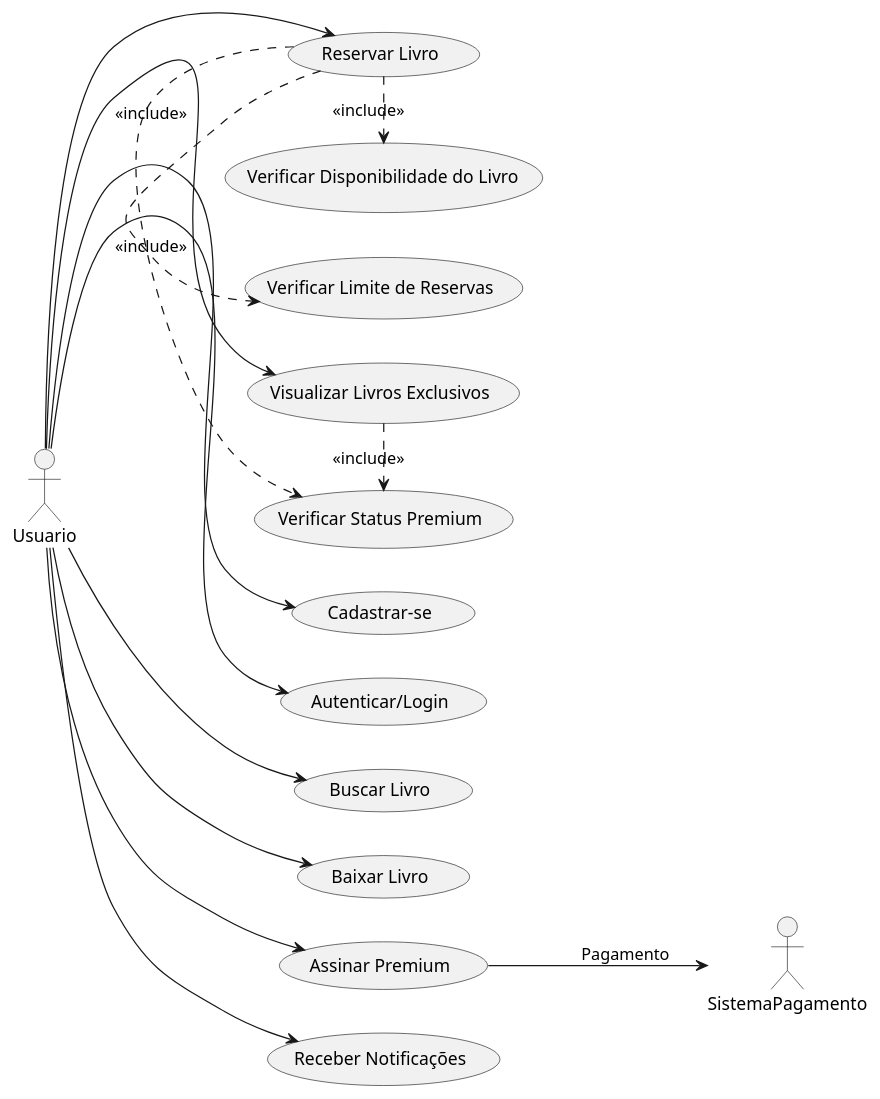
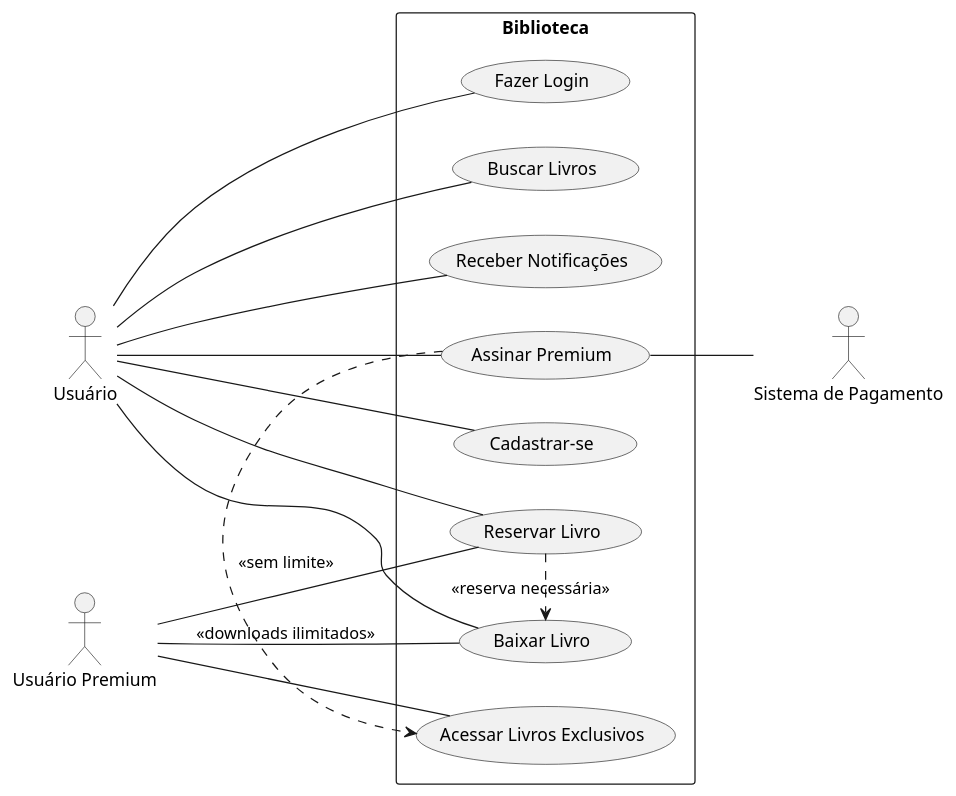
One commit to jonh-carvalho/PBE_25.2_8002 changed the diagram in docs/Disciplina/Roteiros/Elaboracao/uc_biblioteca.md. Above: the diagram before and after it, drawn with PlantUML. The commit also changed 6 other files, not shown here.

Commit message:
plantuml

````diff
--- a/docs/Disciplina/Roteiros/Elaboracao/uc_biblioteca.md
+++ b/docs/Disciplina/Roteiros/Elaboracao/uc_biblioteca.md
@@ -56,25 +56,27 @@
 ```plantuml
-@startuml teste
+@startuml
 left to right direction
+actor "Usuário" as User
+actor "Usuário Premium" as Premium
+actor "Sistema de Pagamento" as Payment
 
-actor Usuario
-actor SistemaPagamento
+rectangle Biblioteca {
+  User -- (Cadastrar-se)
+  User -- (Fazer Login)
+  User -- (Buscar Livros)
+  User -- (Reservar Livro)
+  User -- (Baixar Livro)
+  User -- (Receber Notificações)
+  User -- (Assinar Premium)
+  (Assinar Premium) -- Payment
 
-Usuario --> (Cadastrar-se)
-Usuario --> (Autenticar/Login)
-Usuario --> (Buscar Livro)
-Usuario --> (Reservar Livro)
-Usuario --> (Baixar Livro)
-Usuario --> (Assinar Premium)
-Usuario --> (Receber Notificações)
+  Premium -- (Reservar Livro) : <<sem limite>>
+  Premium -- (Acessar Livros Exclusivos)
+  Premium -- (Baixar Livro) : <<downloads ilimitados>>
 
-(Reservar Livro) .> (Verificar Limite de Reservas) : <<include>>
-(Reservar Livro) .> (Verificar Disponibilidade do Livro) : <<include>>
-(Reservar Livro) .> (Verificar Status Premium) : <<include>>
-(Assinar Premium) --> SistemaPagamento : "Pagamento"
-
-Usuario --> (Visualizar Livros Exclusivos)
-(Visualizar Livros Exclusivos) .> (Verificar Status Premium) : <<include>>
+  (Reservar Livro) .> (Baixar Livro) : <<reserva necessária>>
+  (Assinar Premium) .> (Acessar Livros Exclusivos)
+}
 
 @enduml
 ```
````
